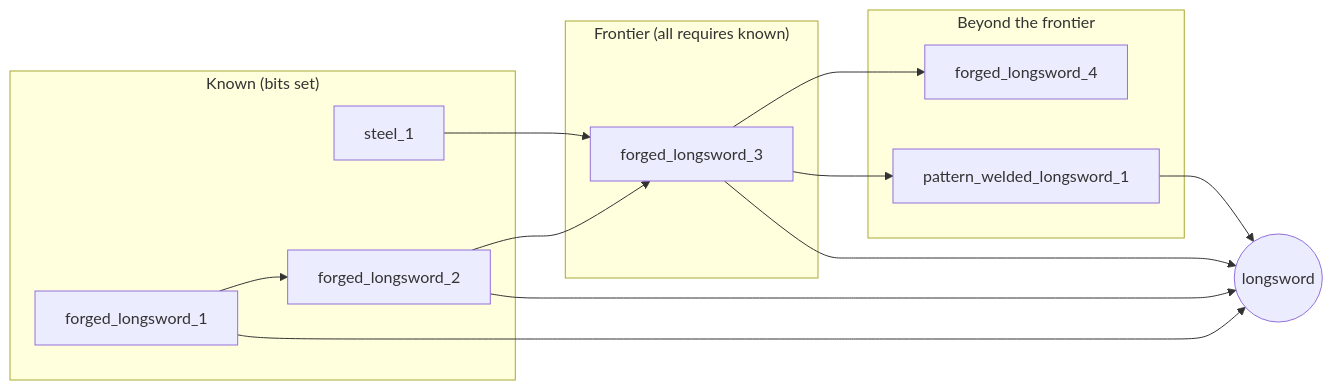
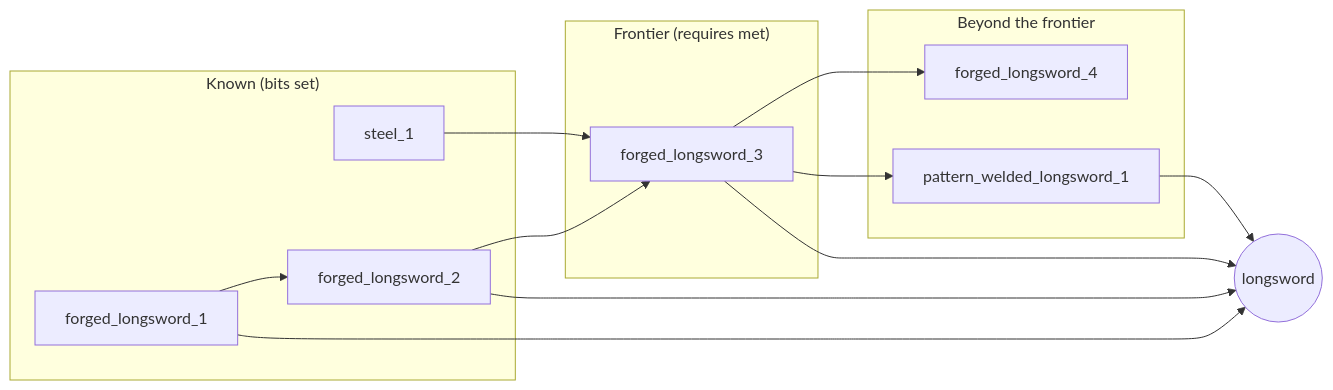
Before and after one commit to JohnnyNewman/Econoplex2: the diagram in docs/design/inventions.md, drawn with Mermaid. The commit also changed other lines of this file, not shown here.

First line of the commit message:
Inventions note: tech graph with alternative routes

````diff
--- a/docs/design/inventions.md
+++ b/docs/design/inventions.md
@@ -65,22 +83,22 @@
 ```mermaid
 flowchart LR
     subgraph known["Known (bits set)"]
         S1[steel_1]
         L1[forged_longsword_1] --> L2[forged_longsword_2]
     end
-    subgraph frontier["Frontier (all requires known)"]
+    subgraph frontier["Frontier (requires met)"]
         L3[forged_longsword_3]
     end
     subgraph hidden["Beyond the frontier"]
         L4[forged_longsword_4]
         P1[pattern_welded_longsword_1]
     end
     L2 --> L3
     S1 --> L3
     L3 --> L4
     L3 --> P1
     P1 --> G((longsword))
     L3 --> G
     L2 --> G
     L1 --> G
 ```
````
